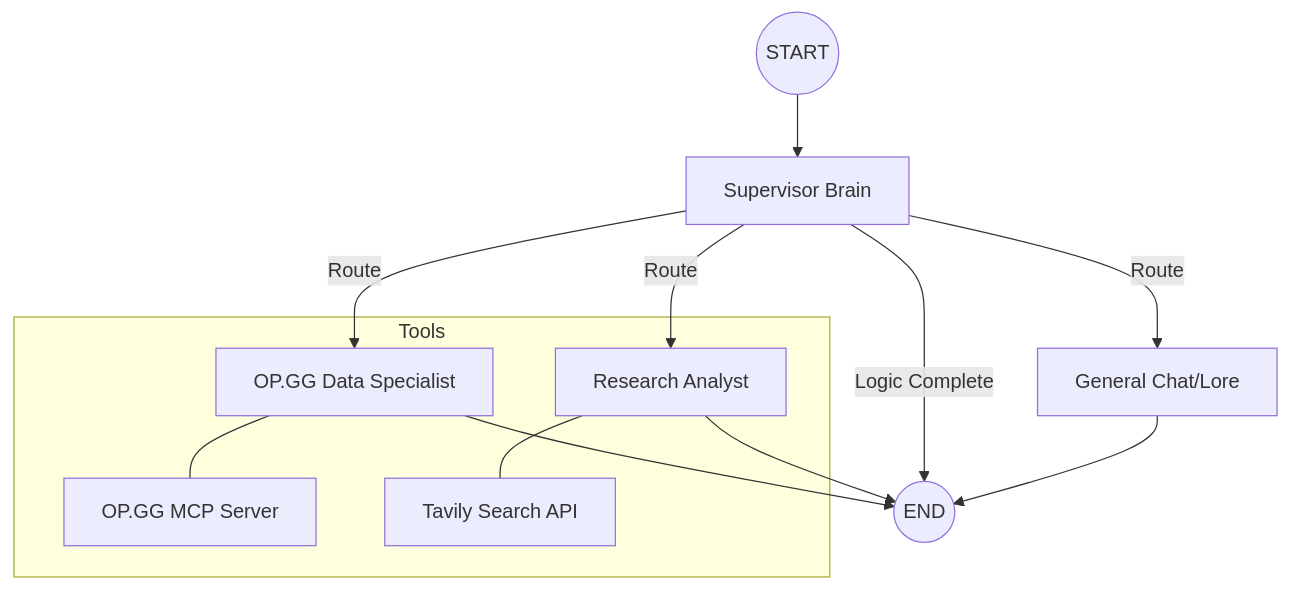
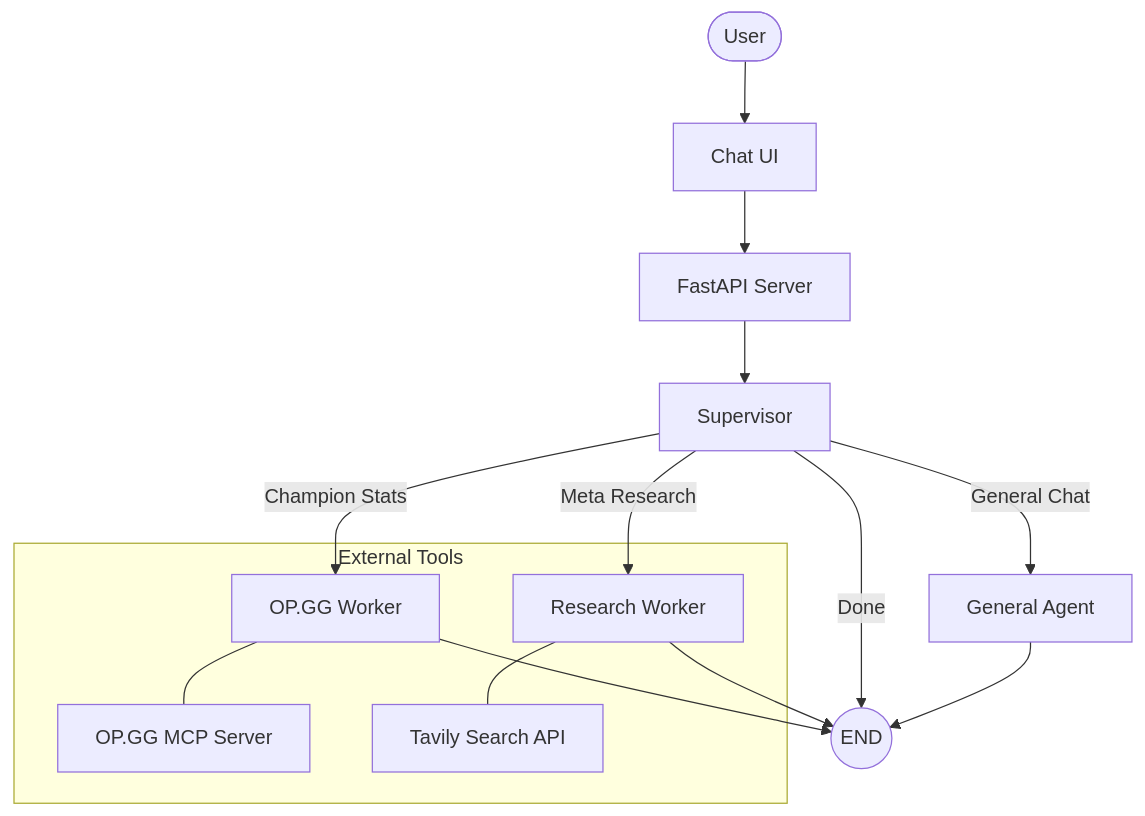
The diagram in README.md (AhmadKElsayed/League-of-Legends-Agent), drawn with Mermaid before and after one commit. The commit also changed other lines of this file, not shown here.

````diff
--- a/README.md
+++ b/README.md
@@ -7,18 +16,20 @@
 ```mermaid
 graph TD
-    START((START)) --> Supervisor[Supervisor Brain]
-    
-    Supervisor -->|Route| OPGGWorker[OP.GG Data Specialist]
-    Supervisor -->|Route| ResearchWorker[Research Analyst]
-    Supervisor -->|Route| GeneralAgent[General Chat/Lore]
-    Supervisor -->|Logic Complete| END((END))
+    USER([User]) --> UI[Chat UI]
+    UI --> API[FastAPI Server]
+    API --> Supervisor[Supervisor]
+
+    Supervisor -->|Champion Stats| OPGGWorker[OP.GG Worker]
+    Supervisor -->|Meta Research| ResearchWorker[Research Worker]
+    Supervisor -->|General Chat| GeneralAgent[General Agent]
+    Supervisor -->|Done| END((END))
 
     OPGGWorker --> END
     ResearchWorker --> END
     GeneralAgent --> END
 
-    subgraph "Tools"
-    OPGGWorker --- MCP[OP.GG MCP Server]
-    ResearchWorker --- Tavily[Tavily Search API]
+    subgraph "External Tools"
+        OPGGWorker --- MCP[OP.GG MCP Server]
+        ResearchWorker --- Tavily[Tavily Search API]
     end
 ```
````
